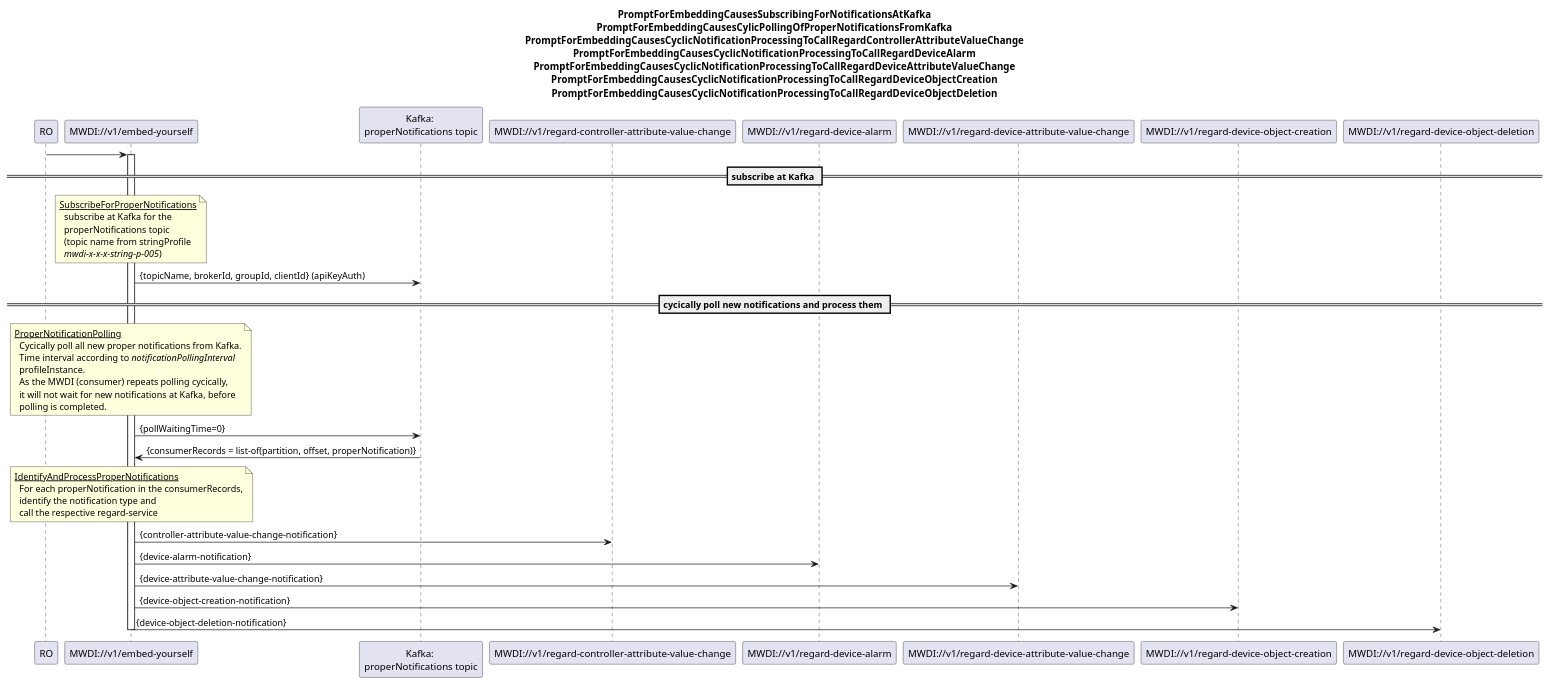
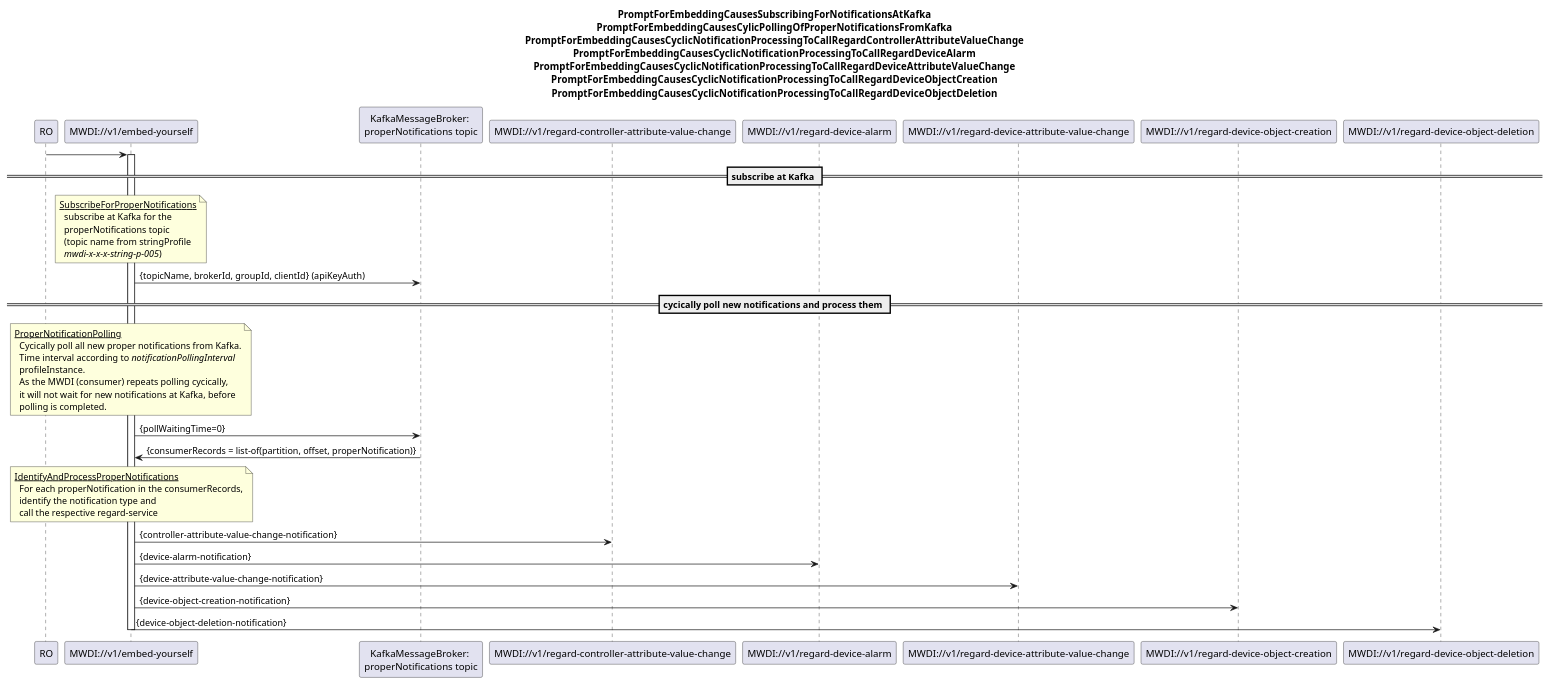
One commit to openBackhaul/MicroWaveDeviceInventory changed the diagram in spec/diagrams/2_notification_new_diagrams/01x_NotifcationPollingFromKafkaAndProcessing.plantuml. Above: the diagram before and after it, drawn with PlantUML. The commit also changed 8 other files, not shown here.

```diff
--- a/spec/diagrams/2_notification_new_diagrams/01x_NotifcationPollingFromKafkaAndProcessing.plantuml
+++ b/spec/diagrams/2_notification_new_diagrams/01x_NotifcationPollingFromKafkaAndProcessing.plantuml
@@ -1,64 +1,64 @@
 @startuml 01x_NotificationPollingFromKafkaAndProcessing
 skinparam responseMessageBelowArrow true
 
 title 
 PromptForEmbeddingCausesSubscribingForNotificationsAtKafka
 PromptForEmbeddingCausesCylicPollingOfProperNotificationsFromKafka
 PromptForEmbeddingCausesCyclicNotificationProcessingToCallRegardControllerAttributeValueChange
 PromptForEmbeddingCausesCyclicNotificationProcessingToCallRegardDeviceAlarm
 PromptForEmbeddingCausesCyclicNotificationProcessingToCallRegardDeviceAttributeValueChange
 PromptForEmbeddingCausesCyclicNotificationProcessingToCallRegardDeviceObjectCreation
 PromptForEmbeddingCausesCyclicNotificationProcessingToCallRegardDeviceObjectDeletion
 end title
 
 participant "RO" as ro
 participant "MWDI://v1/embed-yourself" as mwdi
-participant "Kafka: \nproperNotifications topic" as kafka
+participant "KafkaMessageBroker: \nproperNotifications topic" as kafka
 participant "MWDI://v1/regard-controller-attribute-value-change" as regardCtrlAttChange
 participant "MWDI://v1/regard-device-alarm" as regardAlarm
 participant "MWDI://v1/regard-device-attribute-value-change" as regardDevAttChange
 participant "MWDI://v1/regard-device-object-creation" as regardDevObjCreation
 participant "MWDI://v1/regard-device-object-deletion" as regardDevObjDeletion
 
 ro -> mwdi
 activate mwdi
 
 
 == subscribe at Kafka ==
 note over mwdi
 <u>SubscribeForProperNotifications</u>
   subscribe at Kafka for the
   properNotifications topic
   (topic name from stringProfile
   <i>mwdi-x-x-x-string-p-005</i>)
 end note
 mwdi -> kafka: {topicName, brokerId, groupId, clientId} (apiKeyAuth)
 
 == cycically poll new notifications and process them ==
 note over mwdi
 <u>ProperNotificationPolling</u>
   Cycically poll all new proper notifications from Kafka.
   Time interval according to <i>notificationPollingInterval</i>
   profileInstance.
   As the MWDI (consumer) repeats polling cycically,
   it will not wait for new notifications at Kafka, before
   polling is completed.
 end note
 mwdi -> kafka: {pollWaitingTime=0}
 kafka -> mwdi: {consumerRecords = list-of(partition, offset, properNotification)}
 
 note over mwdi
 <u>IdentifyAndProcessProperNotifications</u>
   For each properNotification in the consumerRecords,
   identify the notification type and 
   call the respective regard-service
 end note
 mwdi -> regardCtrlAttChange: {controller-attribute-value-change-notification}
 mwdi -> regardAlarm: {device-alarm-notification}
 mwdi -> regardDevAttChange: {device-attribute-value-change-notification}
 mwdi -> regardDevObjCreation: {device-object-creation-notification}
 mwdi -> regardDevObjDeletion: {device-object-deletion-notification}
 
 deactivate mwdi
 
 @enduml
```
